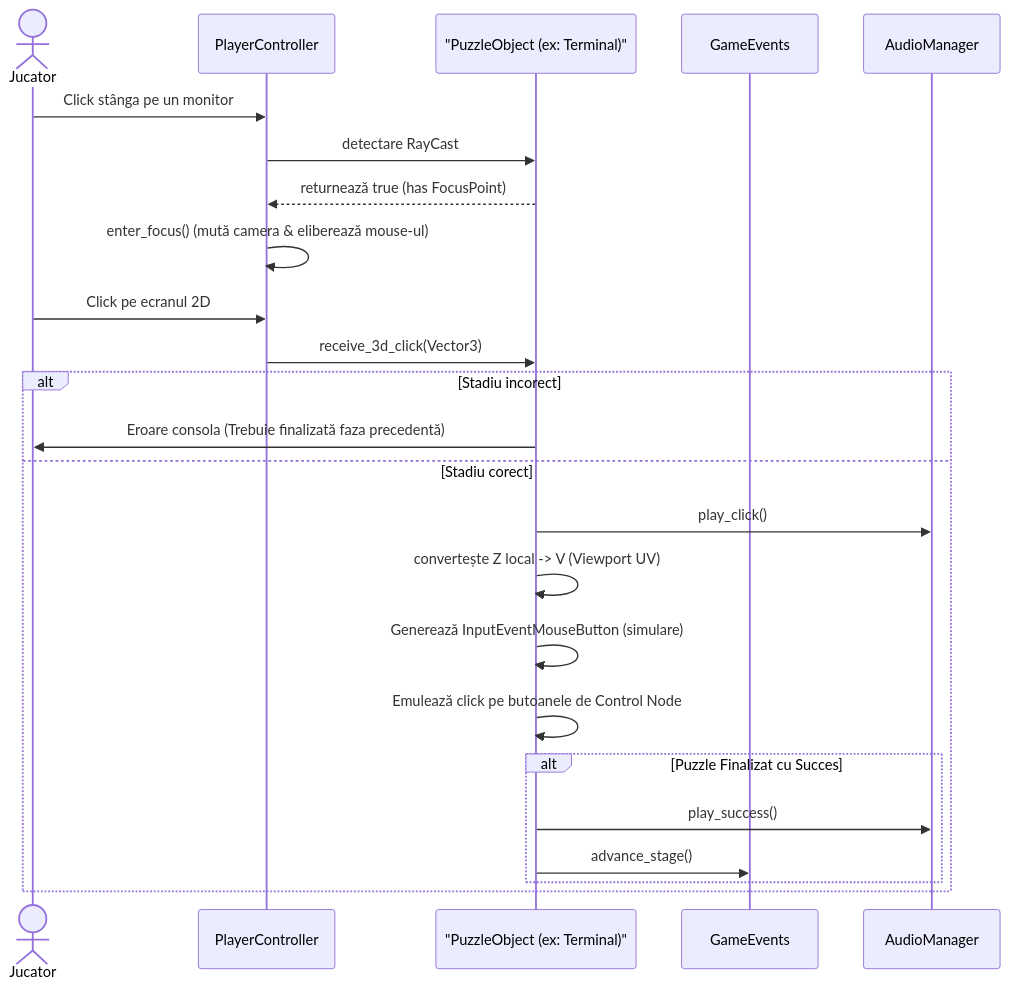
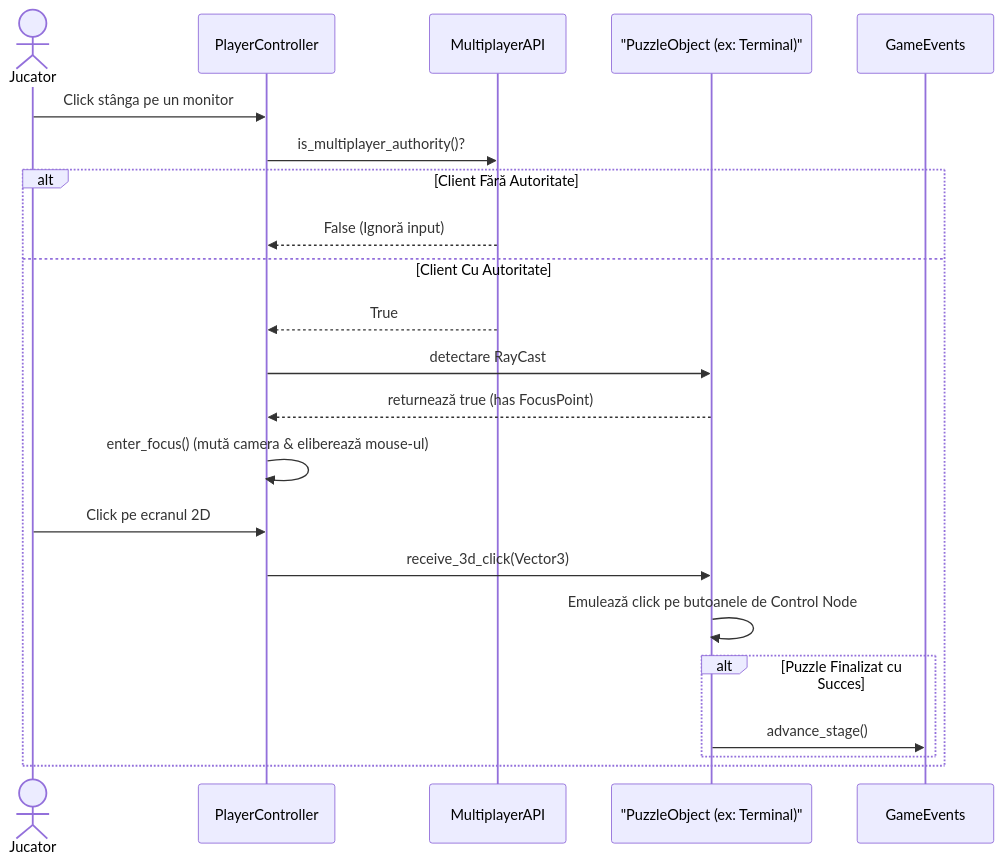
Before and after one commit to neica200/Echo-Chamber-Coop: the third of 8 diagrams in diagrame_arhitectura.md, drawn with Mermaid. The commit also changed other lines of this file and 1 other file, not shown here.

Commit message:
update diagrams

````diff
--- a/diagrame_arhitectura.md
+++ b/diagrame_arhitectura.md
@@ -167,30 +111,28 @@
 ```mermaid
 sequenceDiagram
     actor Jucator
     participant PlayerController
+    participant MultiplayerAPI
     participant PuzzleObject as "PuzzleObject (ex: Terminal)"
     participant GameEvents
-    participant AudioManager
 
     Jucator->>PlayerController: Click stânga pe un monitor
-    PlayerController->>PuzzleObject: detectare RayCast
-    PuzzleObject-->>PlayerController: returnează true (has FocusPoint)
-    PlayerController->>PlayerController: enter_focus() (mută camera & eliberează mouse-ul)
+    PlayerController->>MultiplayerAPI: is_multiplayer_authority()?
     
-    Jucator->>PlayerController: Click pe ecranul 2D
-    PlayerController->>PuzzleObject: receive_3d_click(Vector3)
-    
-    alt Stadiu incorect
-        PuzzleObject->>Jucator: Eroare consola (Trebuie finalizată faza precedentă)
-    else Stadiu corect
-        PuzzleObject->>AudioManager: play_click()
-        PuzzleObject->>PuzzleObject: convertește Z local -> V (Viewport UV)
-        PuzzleObject->>PuzzleObject: Generează InputEventMouseButton (simulare)
+    alt Client Fără Autoritate
+        MultiplayerAPI-->>PlayerController: False (Ignoră input)
+    else Client Cu Autoritate
+        MultiplayerAPI-->>PlayerController: True
+        PlayerController->>PuzzleObject: detectare RayCast
+        PuzzleObject-->>PlayerController: returnează true (has FocusPoint)
+        PlayerController->>PlayerController: enter_focus() (mută camera & eliberează mouse-ul)
+        
+        Jucator->>PlayerController: Click pe ecranul 2D
+        PlayerController->>PuzzleObject: receive_3d_click(Vector3)
         PuzzleObject->>PuzzleObject: Emulează click pe butoanele de Control Node
         
         alt Puzzle Finalizat cu Succes
-            PuzzleObject->>AudioManager: play_success()
             PuzzleObject->>GameEvents: advance_stage()
         end
     end
 ```
````
